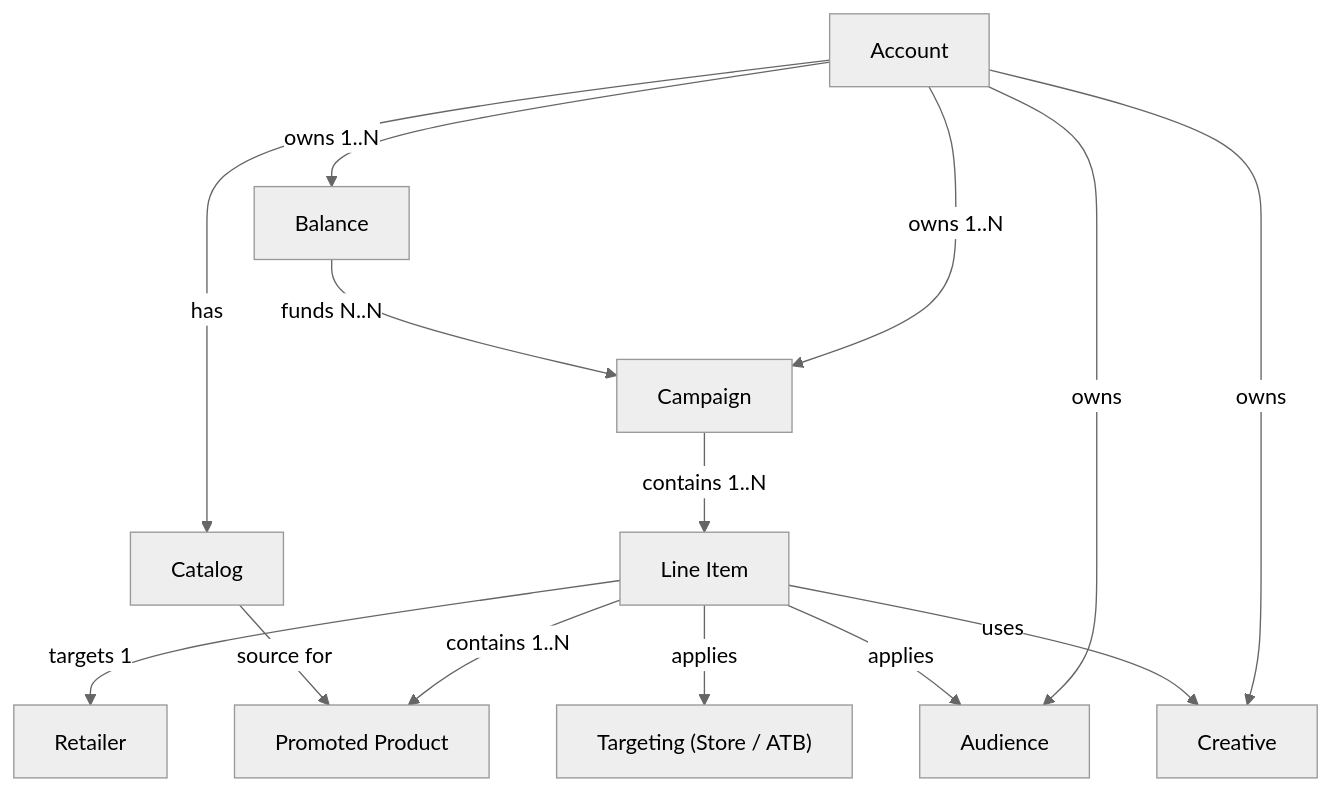
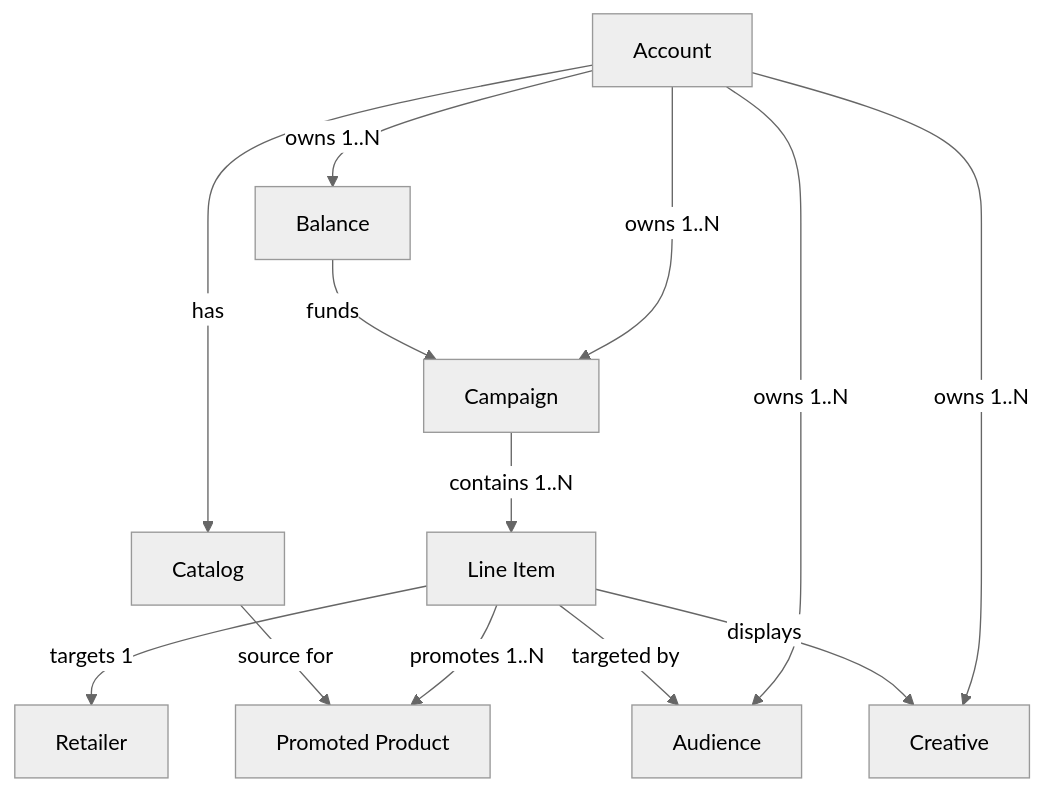
The diagram in retail-media/docs/conceptual-map.mdx (criteo/public-api-doc), drawn with Mermaid (neutral theme) before and after one commit. The commit also changed other lines of this file, not shown here.

````diff
--- a/retail-media/docs/conceptual-map.mdx
+++ b/retail-media/docs/conceptual-map.mdx
@@ -6,16 +8,15 @@
 ```mermaid
 graph TD
     Account -->|"owns 1..N"| Campaign
     Account -->|"owns 1..N"| Balance
     Account -->|"has"| Catalog
-    Account -->|"owns"| Audience
-    Account -->|"owns"| Creative
-    Balance -->|"funds N..N"| Campaign
-    Campaign -->|"contains 1..N"| LineItem["Line Item"]
-    LineItem -->|"targets 1"| Retailer
-    LineItem -->|"contains 1..N"| PromotedProduct["Promoted Product"]
-    LineItem -->|"applies"| Audience
-    LineItem -->|"applies"| Targeting["Targeting (Store / ATB)"]
-    LineItem -->|"uses"| Creative
-    Catalog -->|"source for"| PromotedProduct
+    Account -->|"owns 1..N"| Audience
+    Account -->|"owns 1..N"| Creative
+    Balance -->|"funds"| Campaign
+    Campaign -->|"contains 1..N"| LI["Line Item"]
+    LI -->|"targets 1"| Retailer
+    LI -->|"promotes 1..N"| PP["Promoted Product"]
+    LI -->|"targeted by"| Audience
+    LI -->|"displays"| Creative
+    Catalog -->|"source for"| PP
 ```
````
